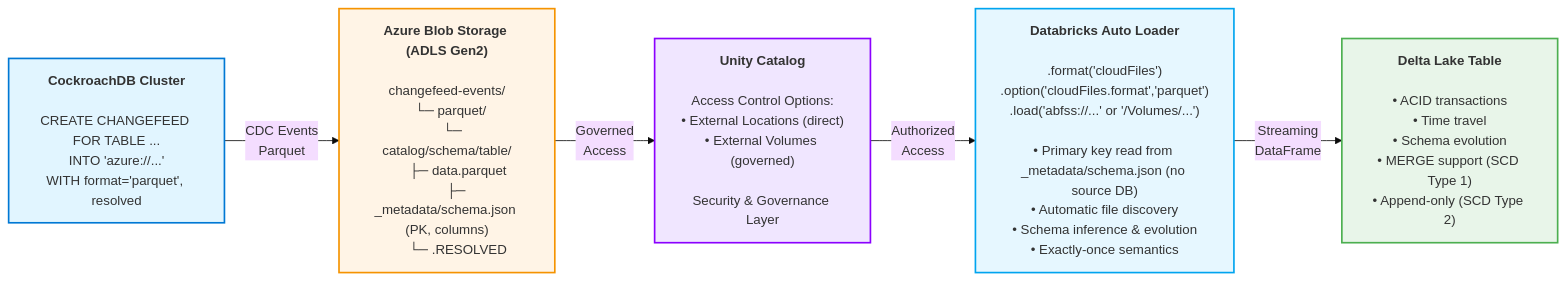
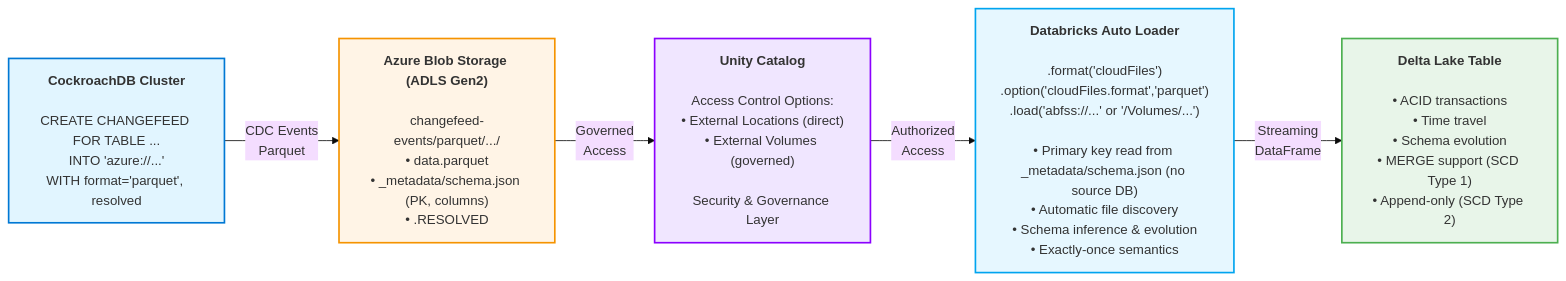
One commit to rsleedbx/crdb_to_dbx changed the diagram in docs/architecture-diagram.mmd. Above: the diagram before and after it, drawn with Mermaid (base theme). The commit also changed 2 other files, not shown here.

```diff
--- a/docs/architecture-diagram.mmd
+++ b/docs/architecture-diagram.mmd
@@ -1,17 +1,17 @@
 flowchart LR
     A["<b>CockroachDB Cluster</b><br/><br/>CREATE CHANGEFEED FOR TABLE ...<br/>INTO 'azure://...'<br/>WITH format='parquet', resolved"]
-    B["<b>Azure Blob Storage (ADLS Gen2)</b><br/><br/>changefeed-events/<br/>  └─ parquet/<br/>    └─ catalog/schema/table/<br/>      ├─ data.parquet<br/>      ├─ _metadata/schema.json (PK, columns)<br/>      └─ .RESOLVED"]
+    B["<b>Azure Blob Storage (ADLS Gen2)</b><br/><br/>changefeed-events/parquet/.../<br/>• data.parquet<br/>• _metadata/schema.json (PK, columns)<br/>• .RESOLVED"]
     C["<b>Unity Catalog</b><br/><br/>Access Control Options:<br/>• External Locations (direct)<br/>• External Volumes (governed)<br/><br/>Security & Governance Layer"]
     D["<b>Databricks Auto Loader</b><br/><br/>.format('cloudFiles')<br/>.option('cloudFiles.format','parquet')<br/>.load('abfss://...' or '/Volumes/...')<br/><br/>• Primary key read from _metadata/schema.json (no source DB)<br/>• Automatic file discovery<br/>• Schema inference & evolution<br/>• Exactly-once semantics"]
     E["<b>Delta Lake Table</b><br/><br/>• ACID transactions<br/>• Time travel<br/>• Schema evolution<br/>• MERGE support (SCD Type 1)<br/>• Append-only (SCD Type 2)"]
 
     A -->|CDC Events<br/>Parquet| B
     B -->|Governed<br/>Access| C
     C -->|Authorized<br/>Access| D
     D -->|Streaming<br/>DataFrame| E
 
     style A fill:#e1f5ff,stroke:#0078d4,stroke-width:2px
     style B fill:#fff4e6,stroke:#f59300,stroke-width:2px
     style C fill:#f0e6ff,stroke:#8b00ff,stroke-width:2px
     style D fill:#e6f7ff,stroke:#00a4ef,stroke-width:2px
     style E fill:#e8f5e9,stroke:#4caf50,stroke-width:2px
```
